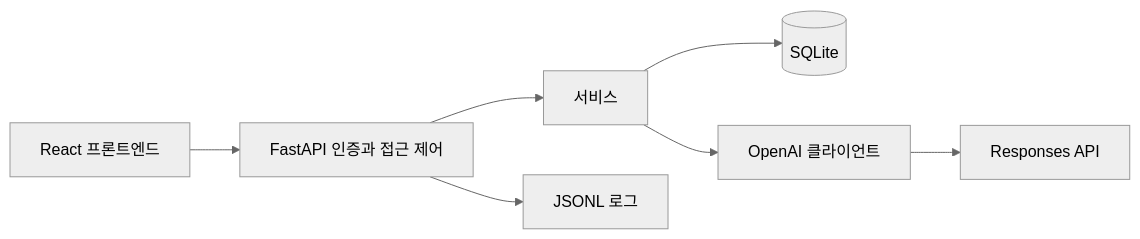
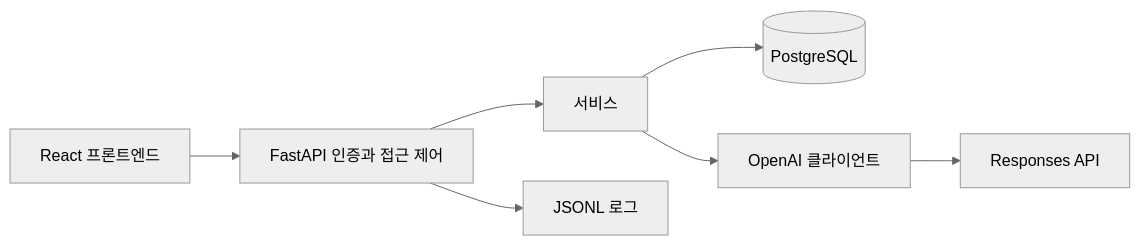
One commit to ted1117/be-B7-1 changed the diagram in README.md. Above: the diagram before and after it, drawn with Mermaid (neutral theme). The commit also changed other lines of this file and 6 other files, not shown here.

First line of the commit message:
docs: PostgreSQL 설정 및 운영 안내 갱신

````diff
--- a/README.md
+++ b/README.md
@@ -20,9 +20,9 @@
 ```mermaid
 flowchart LR
     Web[React 프론트엔드] --> API[FastAPI 인증과 접근 제어]
     API --> Service[서비스]
-    Service --> DB[(SQLite)]
+    Service --> DB[(PostgreSQL)]
     Service --> AI[OpenAI 클라이언트]
     AI --> OpenAI[Responses API]
     API --> Logs[JSONL 로그]
 ```
````
